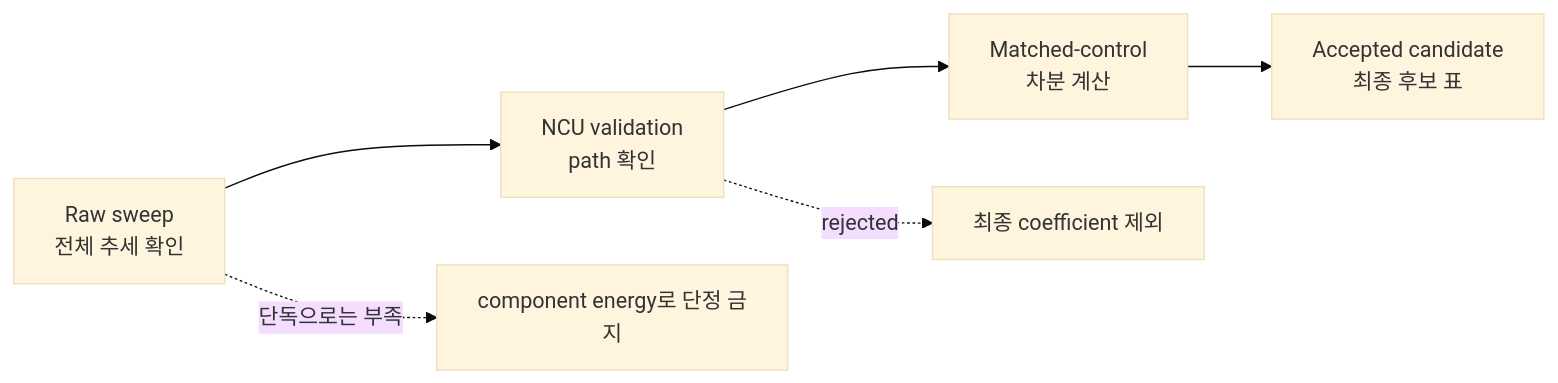
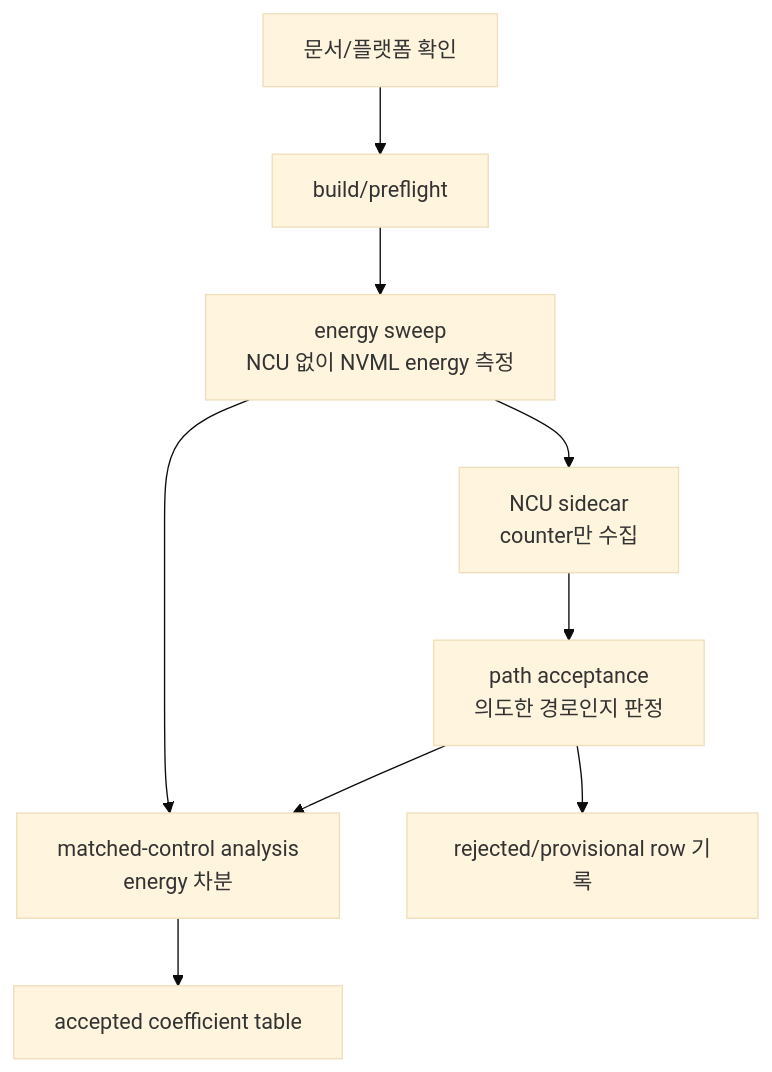
One commit to bang001/gpupower0701 changed the first of 2 diagrams in docs/howitworks.md. Above: the diagram before and after it, drawn with Mermaid (base theme). The commit also changed other lines of this file and 10 other files, not shown here.

````diff
--- a/docs/howitworks.md
+++ b/docs/howitworks.md
@@ -33,8 +63,11 @@
 ```mermaid
-flowchart LR
-  A[Raw sweep<br/>전체 추세 확인] --> B[NCU validation<br/>path 확인]
-  B --> C[Matched-control<br/>차분 계산]
-  C --> D[Accepted candidate<br/>최종 후보 표]
-  A -. 단독으로는 부족 .-> X[component energy로 단정 금지]
-  B -. rejected .-> Y[최종 coefficient 제외]
+flowchart TD
+  A[문서/플랫폼 확인] --> B[build/preflight]
+  B --> C[energy sweep<br/>NCU 없이 NVML energy 측정]
+  C --> D[NCU sidecar<br/>counter만 수집]
+  D --> E[path acceptance<br/>의도한 경로인지 판정]
+  C --> F[matched-control analysis<br/>energy 차분]
+  E --> F
+  F --> G[accepted coefficient table]
+  E --> H[rejected/provisional row 기록]
 ```
````
